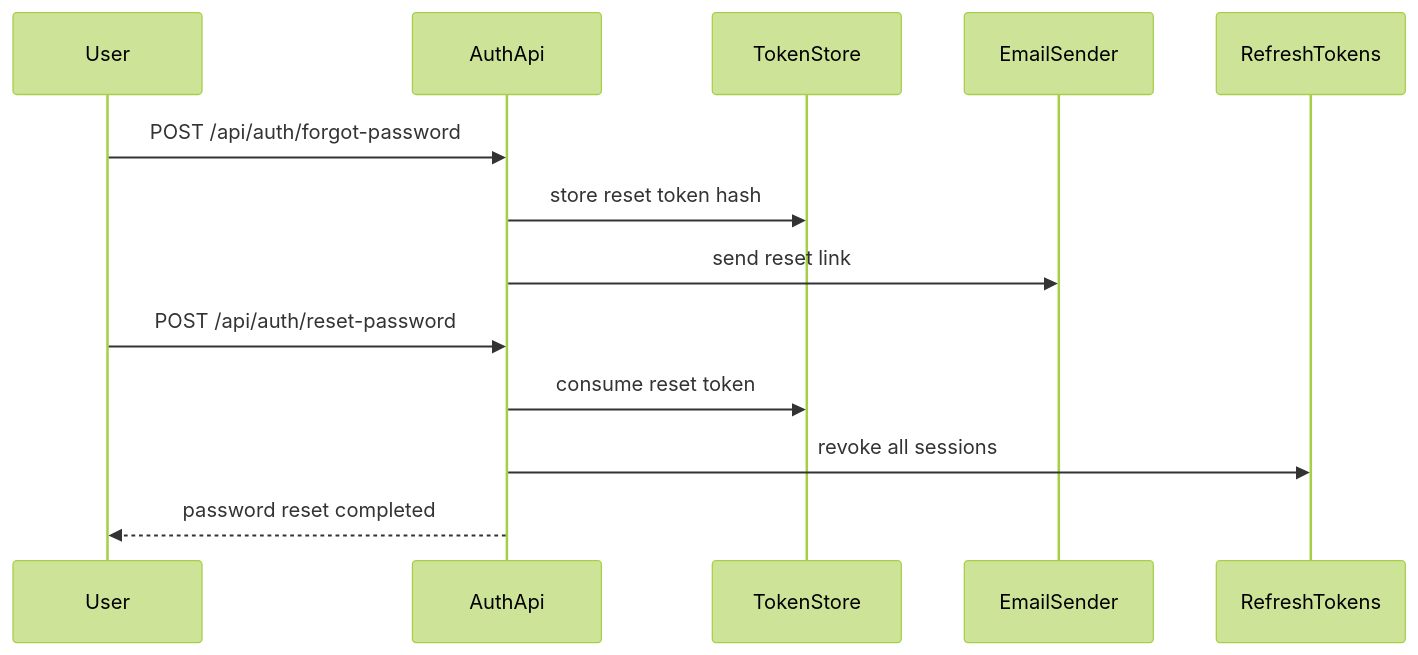
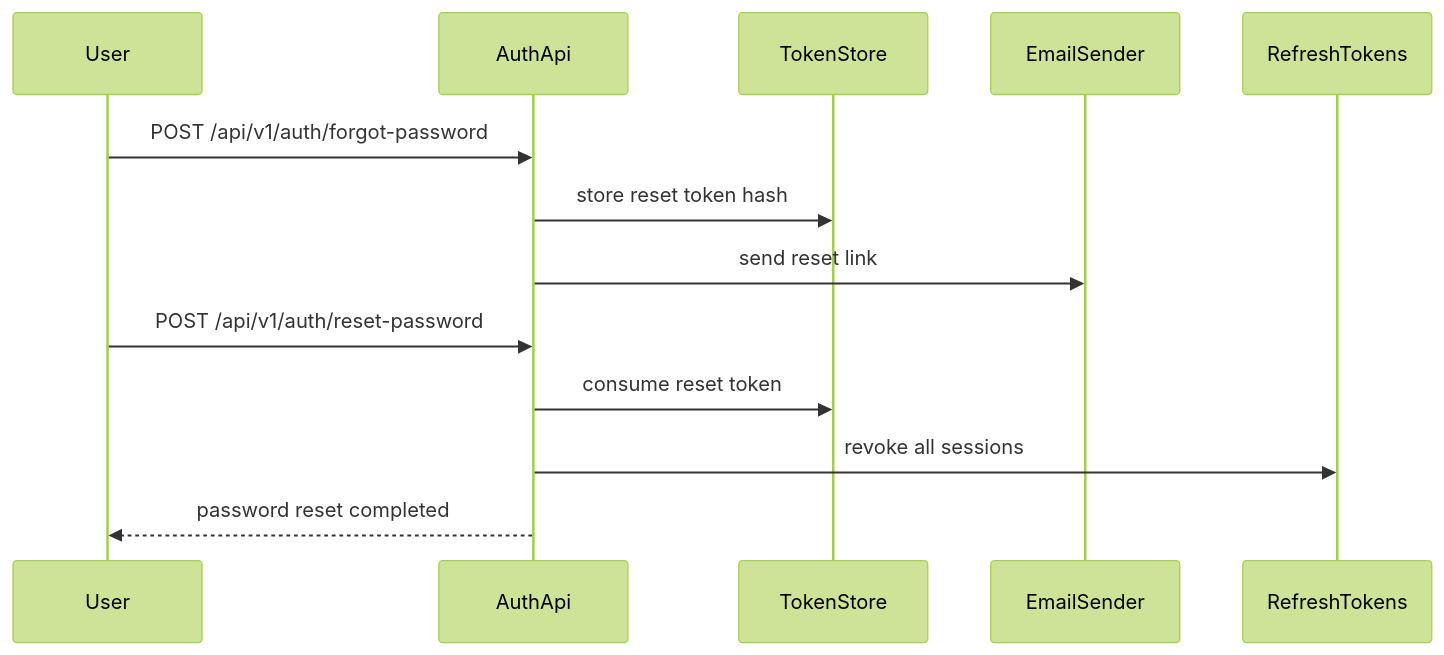
The second of 2 diagrams in src/content/docs/part-9-production-hardening/54-email-verification-reset-password.md (premix-labs/aspnet-core-web-api-tutorial-book), drawn with Mermaid (forest theme) before and after one commit. The commit also changed other lines of this file and 89 other files, not shown here.

````diff
--- a/src/content/docs/part-9-production-hardening/54-email-verification-reset-password.md
+++ b/src/content/docs/part-9-production-hardening/54-email-verification-reset-password.md
@@ -188,16 +188,16 @@
 ```mermaid
 sequenceDiagram
     participant User
     participant AuthApi
     participant TokenStore
     participant EmailSender
     participant RefreshTokens
 
-    User->>AuthApi: POST /api/auth/forgot-password
+    User->>AuthApi: POST /api/v1/auth/forgot-password
     AuthApi->>TokenStore: store reset token hash
     AuthApi->>EmailSender: send reset link
-    User->>AuthApi: POST /api/auth/reset-password
+    User->>AuthApi: POST /api/v1/auth/reset-password
     AuthApi->>TokenStore: consume reset token
     AuthApi->>RefreshTokens: revoke all sessions
     AuthApi-->>User: password reset completed
 ```
````
